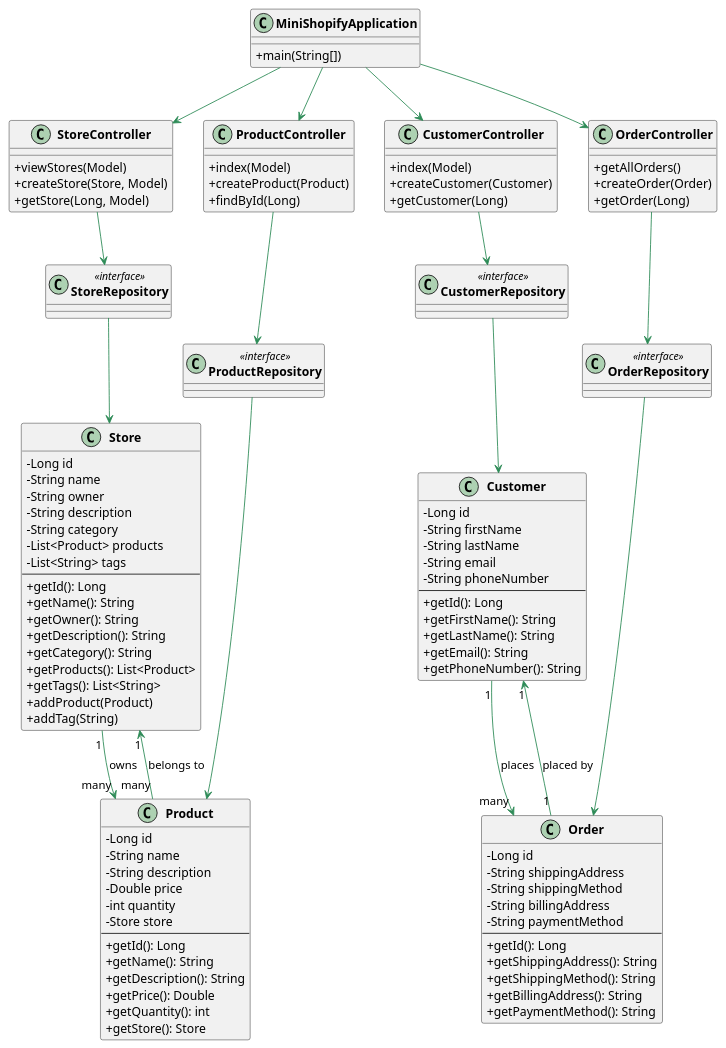
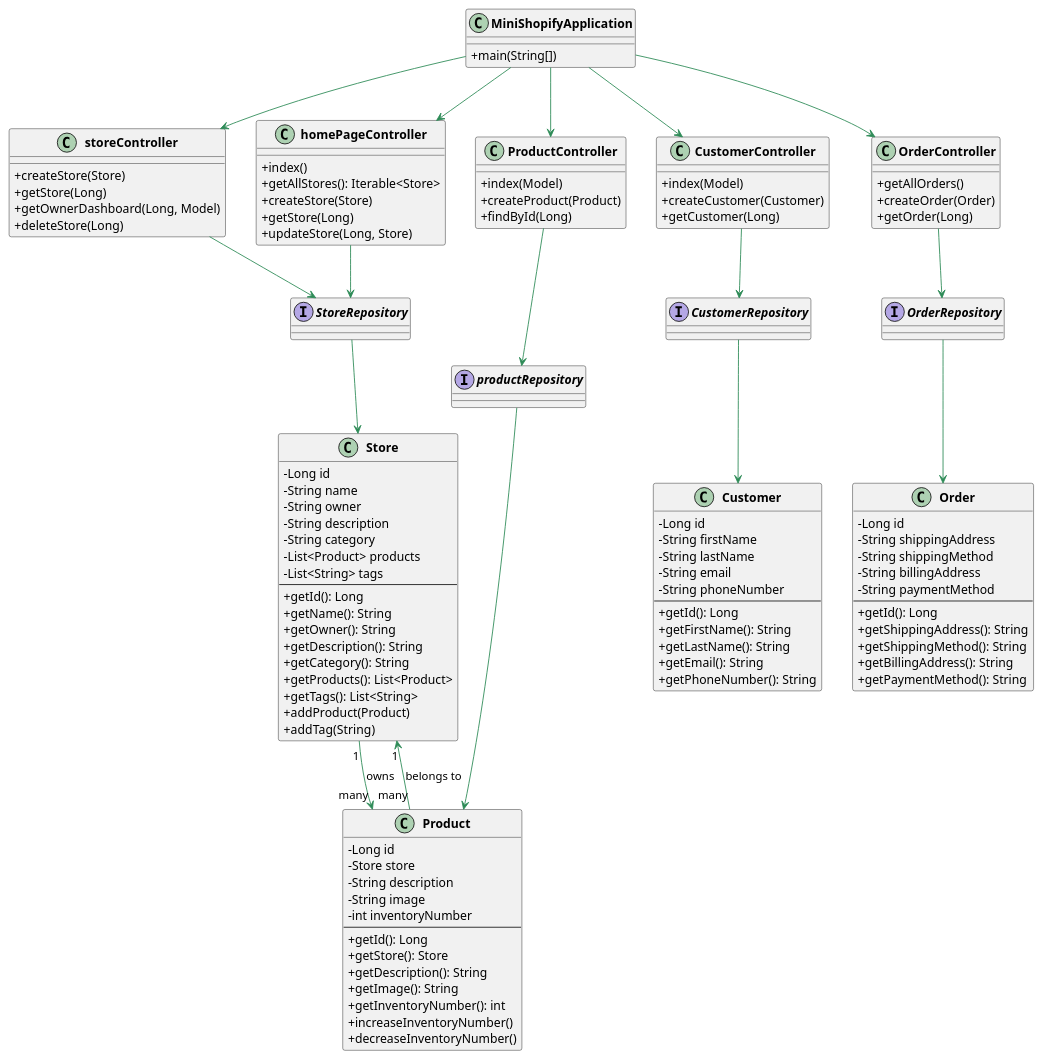
The diagram in docs/uml/mini-shopify-uml.puml (ConnorYelle/Mini-Shopify), drawn with PlantUML before and after one commit. The commit also changed 1 other file, not shown here.

Commit message:
docs: update UML diagram

```diff
--- a/docs/uml/mini-shopify-uml.puml
+++ b/docs/uml/mini-shopify-uml.puml
@@ -1,122 +1,130 @@
 @startuml
 
 skinparam classAttributeIconSize 0
 skinparam classFontSize 14
 skinparam classFontStyle Bold
 skinparam ArrowColor #2E8B57
 
 class Store {
     - Long id
     - String name
     - String owner
     - String description
     - String category
     - List<Product> products
     - List<String> tags
     --
     + getId(): Long
     + getName(): String
     + getOwner(): String
     + getDescription(): String
     + getCategory(): String
     + getProducts(): List<Product>
     + getTags(): List<String>
     + addProduct(Product)
     + addTag(String)
 }
 
 class Product {
     - Long id
-    - String name
+    - Store store
     - String description
-    - Double price
-    - int quantity
-    - Store store
+    - String image
+    - int inventoryNumber
     --
     + getId(): Long
-    + getName(): String
+    + getStore(): Store
     + getDescription(): String
-    + getPrice(): Double
-    + getQuantity(): int
-    + getStore(): Store
+    + getImage(): String
+    + getInventoryNumber(): int
+    + increaseInventoryNumber()
+    + decreaseInventoryNumber()
 }
 
 class Customer {
     - Long id
     - String firstName
     - String lastName
     - String email
     - String phoneNumber
     --
     + getId(): Long
     + getFirstName(): String
     + getLastName(): String
     + getEmail(): String
     + getPhoneNumber(): String
 }
 
 class Order {
     - Long id
     - String shippingAddress
     - String shippingMethod
     - String billingAddress
     - String paymentMethod
     --
     + getId(): Long
     + getShippingAddress(): String
     + getShippingMethod(): String
     + getBillingAddress(): String
     + getPaymentMethod(): String
 }
 
 Store "1" --> "many" Product : owns
 Product "many" --> "1" Store : belongs to
-Customer "1" --> "many" Order : places
-Order "1" --> "1" Customer : placed by
 
-class StoreRepository <<interface>>
-class ProductRepository <<interface>>
-class CustomerRepository <<interface>>
-class OrderRepository <<interface>>
+interface StoreRepository
+interface productRepository
+interface CustomerRepository
+interface OrderRepository
 
 StoreRepository --> Store
-ProductRepository --> Product
+productRepository --> Product
 CustomerRepository --> Customer
 OrderRepository --> Order
 
-class StoreController {
-    + viewStores(Model)
-    + createStore(Store, Model)
-    + getStore(Long, Model)
+class storeController {
+    + createStore(Store)
+    + getStore(Long)
+    + getOwnerDashboard(Long, Model)
+    + deleteStore(Long)
+}
+class homePageController {
+    + index()
+    + getAllStores(): Iterable<Store>
+    + createStore(Store)
+    + getStore(Long)
+    + updateStore(Long, Store)
 }
 class ProductController {
     + index(Model)
     + createProduct(Product)
     + findById(Long)
 }
 class CustomerController {
     + index(Model)
     + createCustomer(Customer)
     + getCustomer(Long)
 }
 class OrderController {
     + getAllOrders()
     + createOrder(Order)
     + getOrder(Long)
 }
 
-StoreController --> StoreRepository
-ProductController --> ProductRepository
+storeController --> StoreRepository
+homePageController --> StoreRepository
+ProductController --> productRepository
 CustomerController --> CustomerRepository
 OrderController --> OrderRepository
 
 class MiniShopifyApplication {
     + main(String[])
 }
 
-MiniShopifyApplication --> StoreController
+MiniShopifyApplication --> storeController
+MiniShopifyApplication --> homePageController
 MiniShopifyApplication --> ProductController
 MiniShopifyApplication --> CustomerController
 MiniShopifyApplication --> OrderController
 
 @enduml
```
